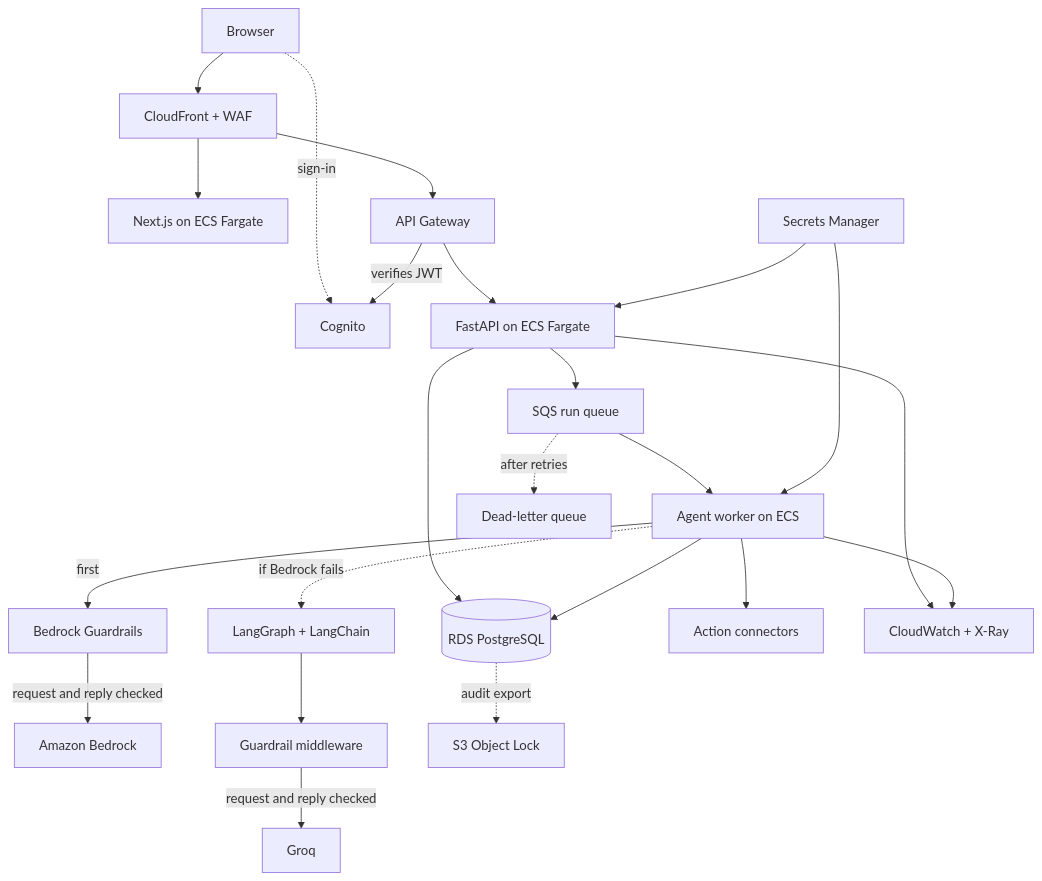
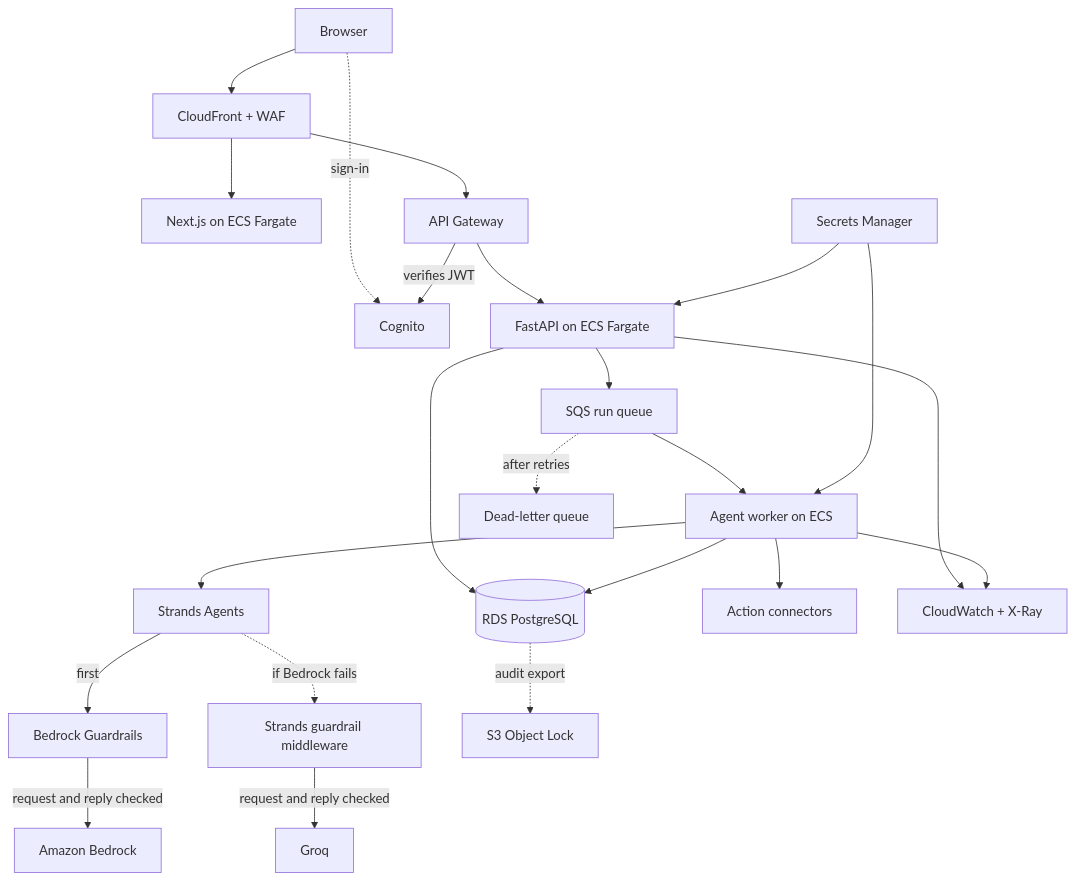
Before and after one commit to DeepakPython-AIML/ai-manager: the diagram in docs/architecture.mmd, drawn with Mermaid. The commit also changed 24 other files, not shown here.

First line of the commit message:
Move both engines to Strands Agents

```diff
--- a/docs/architecture.mmd
+++ b/docs/architecture.mmd
@@ -1,23 +1,23 @@
 flowchart TD
   U[Browser] --> CF[CloudFront + WAF]
   CF --> FE[Next.js on ECS Fargate]
   CF --> GW[API Gateway]
   U -. sign-in .-> COG[Cognito]
   GW -- verifies JWT --> COG
   GW --> API[FastAPI on ECS Fargate]
   API --> DB[(RDS PostgreSQL)]
   API --> Q[SQS run queue]
   Q --> W[Agent worker on ECS]
   Q -. after retries .-> DLQ[Dead-letter queue]
   W --> DB
-  W -- first --> BG[Bedrock Guardrails]
+  W --> SA[Strands Agents]
+  SA -- first --> BG[Bedrock Guardrails]
   BG -- request and reply checked --> BR[Amazon Bedrock]
-  W -. if Bedrock fails .-> LG[LangGraph + LangChain]
-  LG --> MW[Guardrail middleware]
+  SA -. if Bedrock fails .-> MW[Strands guardrail middleware]
   MW -- request and reply checked --> GQ[Groq]
   W --> CON[Action connectors]
   API --> CW[CloudWatch + X-Ray]
   W --> CW
   DB -. audit export .-> S3[S3 Object Lock]
   SM[Secrets Manager] --> API
   SM --> W
```
